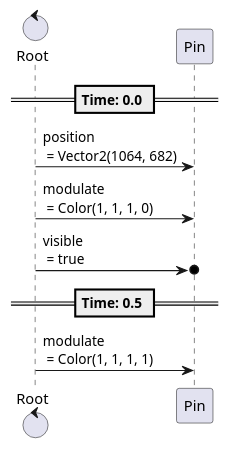
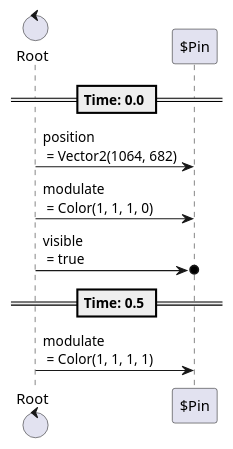
Before and after one commit to tkmfujise/Platformer-Game-Learning: the seventh of 24 diagrams in content/scenes/src/beginning/chapters/chapters.tscn.adoc, drawn with PlantUML. The commit also changed other lines of this file and 31 other files, not shown here.

Commit message:
Add prefix $ to node name in animation sequences

```diff
--- a/content/scenes/src/beginning/chapters/chapters.tscn.adoc
+++ b/content/scenes/src/beginning/chapters/chapters.tscn.adoc
@@ -445,16 +445,16 @@
 [plantuml]
 ....
-control "Root" as Root
-participant "Pin" as T0
+control "Root" as R
+participant "$Pin" as T0
 
 
 
 == Time: 0.0 ==
-Root  ->  T0 : position\n = Vector2(1064, 682)
-Root  ->  T0 : modulate\n = Color(1, 1, 1, 0)
-Root  ->o  T0 : visible\n = true
+R  ->  T0 : position\n = Vector2(1064, 682)
+R  ->  T0 : modulate\n = Color(1, 1, 1, 0)
+R  ->o  T0 : visible\n = true
 == Time: 0.5 ==
-Root  ->  T0 : modulate\n = Color(1, 1, 1, 1)
+R  ->  T0 : modulate\n = Color(1, 1, 1, 1)
 
 
 ....
```
